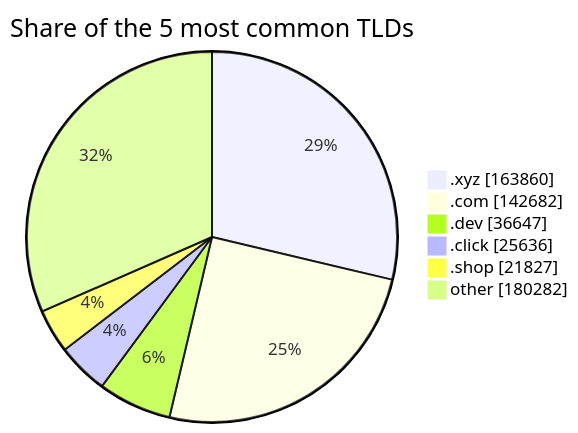
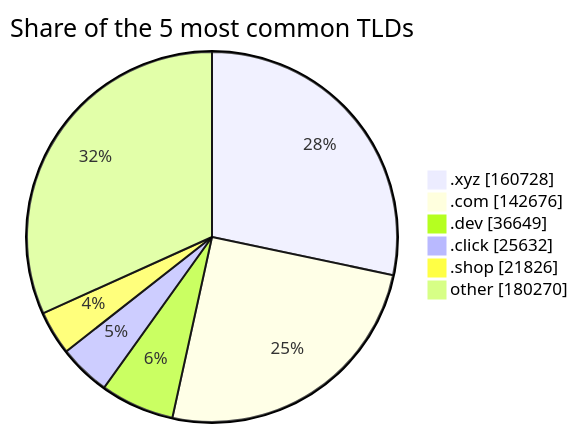
The third of 3 diagrams in README.md (DNSBunker/CTI), drawn with Mermaid before and after one commit. The commit also changed other lines of this file and 3 other files, not shown here.

````diff
--- a/README.md
+++ b/README.md
@@ -81,9 +81,9 @@
 ```mermaid
 pie showData title Share of the 5 most common TLDs
-    ".xyz" : 163860
-    ".com" : 142682
-    ".dev" : 36647
-    ".click" : 25636
-    ".shop" : 21827
-    "other" : 180282
+    ".xyz" : 160728
+    ".com" : 142676
+    ".dev" : 36649
+    ".click" : 25632
+    ".shop" : 21826
+    "other" : 180270
 ```
````
